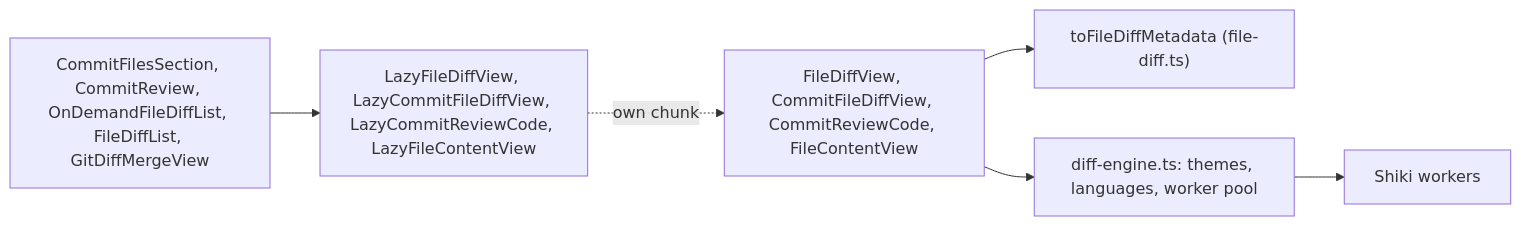
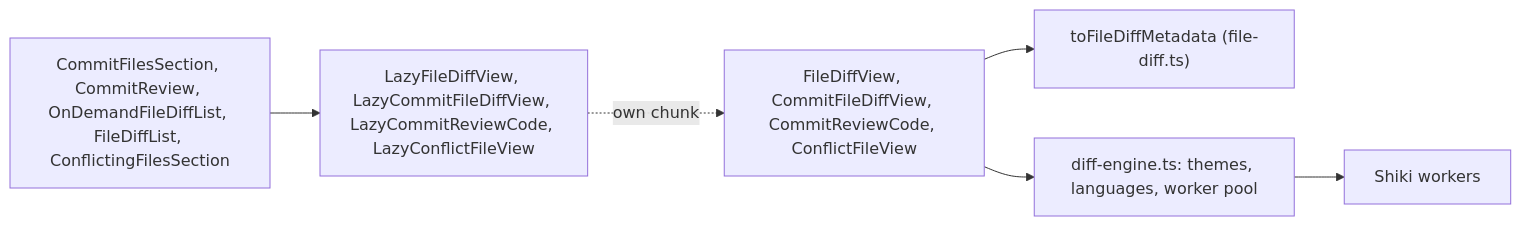
Before and after one commit to develar/branch-deck: the diagram in docs/design/diff-view.md, drawn with Mermaid. The commit also changed other lines of this file and 37 other files, not shown here.

````diff
--- a/docs/design/diff-view.md
+++ b/docs/design/diff-view.md
@@ -29,8 +29,8 @@
 ```mermaid
 flowchart LR
-    V["CommitFilesSection, CommitReview, OnDemandFileDiffList, FileDiffList, GitDiffMergeView"] --> L["LazyFileDiffView, LazyCommitFileDiffView, LazyCommitReviewCode, LazyFileContentView"]
-    L -. "own chunk" .-> F["FileDiffView, CommitFileDiffView, CommitReviewCode, FileContentView"]
+    V["CommitFilesSection, CommitReview, OnDemandFileDiffList, FileDiffList, ConflictingFilesSection"] --> L["LazyFileDiffView, LazyCommitFileDiffView, LazyCommitReviewCode, LazyConflictFileView"]
+    L -. "own chunk" .-> F["FileDiffView, CommitFileDiffView, CommitReviewCode, ConflictFileView"]
     F --> A["toFileDiffMetadata (file-diff.ts)"]
     F --> E["diff-engine.ts: themes, languages, worker pool"]
     E --> W["Shiki workers"]
 ```
````
